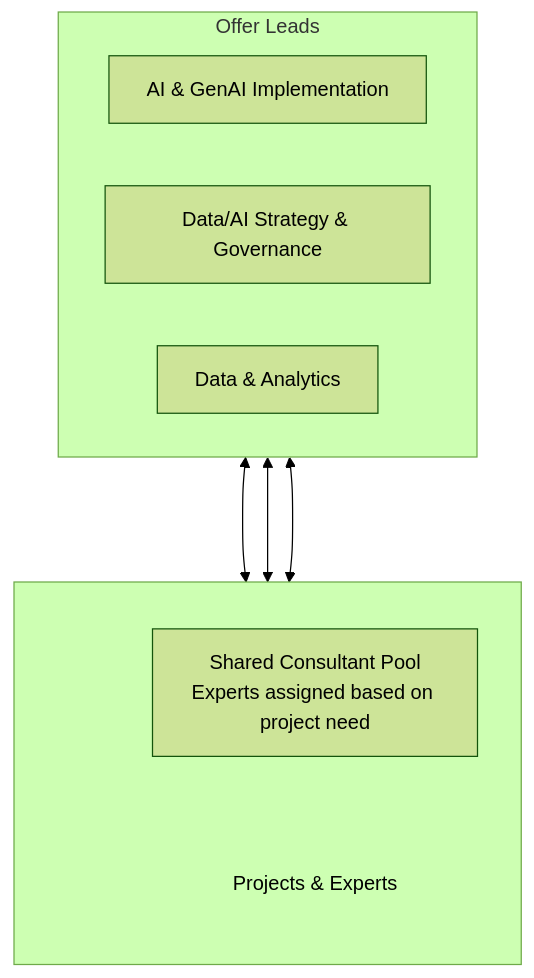
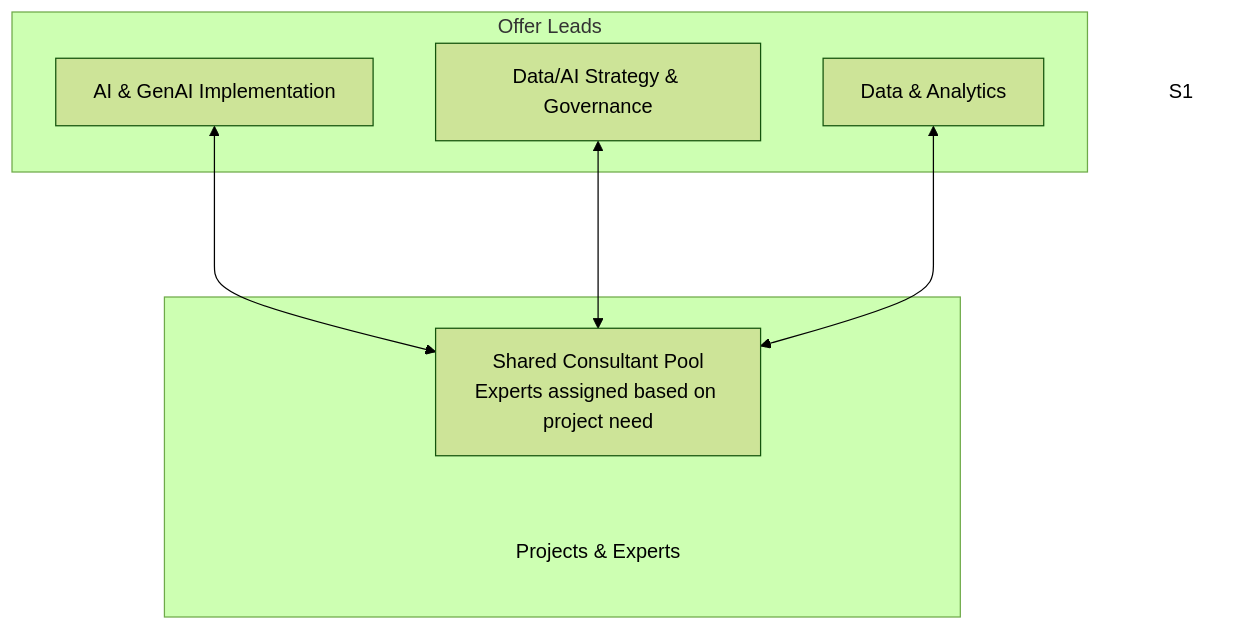
One commit to PlainsightPro/Vision-Playbook changed the first of 2 diagrams in docs/about-plainsight/how-were-organised.md. Above: the diagram before and after it, drawn with Mermaid (forest theme). The commit also changed 1 other file, not shown here.

Commit message:
Simplify Mermaid subgraph layout directives
Remove redundant/empty `direction` statements and an empty placeholder
node from two diagrams so they fall back to Mermaid's default layout and
render cleanly.

````diff
--- a/docs/about-plainsight/how-were-organised.md
+++ b/docs/about-plainsight/how-were-organised.md
@@ -44,26 +44,23 @@
 ```mermaid
 %%{init: { "flowchart": { "useMaxWidth": true } } }%%
 
 flowchart TB
   subgraph TOP[Offer Leads]
-    direction LR
     O1[AI & GenAI Implementation]
     O2[Data/AI Strategy & Governance]
     O3[Data & Analytics]
   end
 
   subgraph BOTTOM[" "]
-    direction TB
-    S1[" "]
     C[Shared Consultant Pool<br/>Experts assigned based on project need]
     P["Projects & Experts"]
   end
 
   %% make the bottom banner "span" the three top blocks:
   O1 <---> C
   O2 <---> C
   O3 <---> C
   C ~~~ P
   style P fill:transparent,stroke:transparent, font-size:16px
   style S1 fill:transparent,stroke:transparent 
 ```
````
